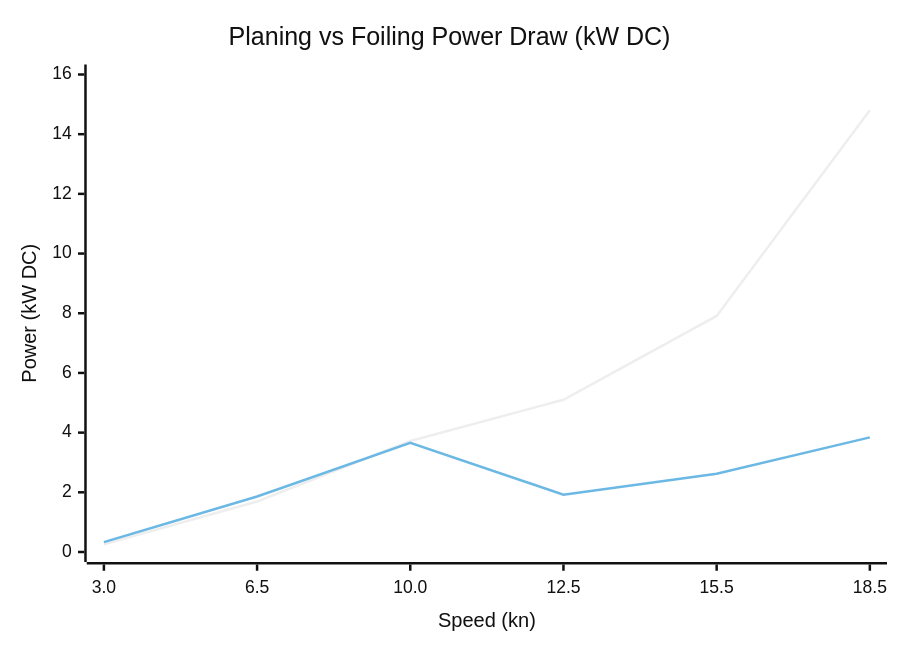
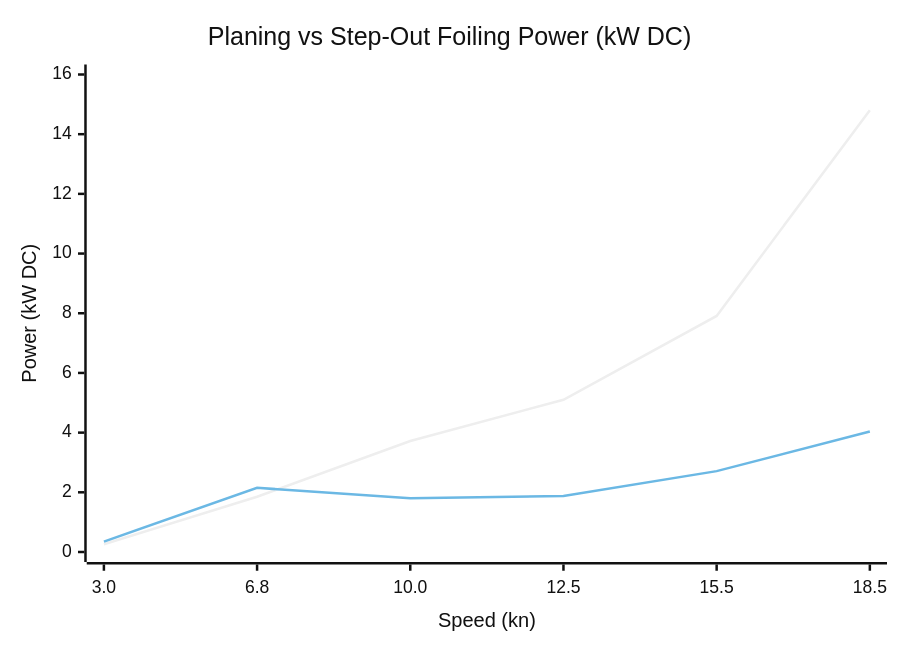
The second of 2 diagrams in README.md (boats-boats-boats/foil-skiff), drawn with Mermaid (neutral theme) before and after one commit. The commit also changed other lines of this file and 2 other files, not shown here.

Commit message:
Make Step-Out Upper Booster Wing + Flying-Keel Pod the primary FoilSkiff architecture

````diff
--- a/README.md
+++ b/README.md
@@ -31,8 +33,8 @@
 ```mermaid
 xychart-beta
-    title "Planing vs Foiling Power Draw (kW DC)"
-    x-axis "Speed (kn)" [3.0, 6.5, 10.0, 12.5, 15.5, 18.5]
+    title "Planing vs Step-Out Foiling Power (kW DC)"
+    x-axis "Speed (kn)" [3.0, 6.8, 10.0, 12.5, 15.5, 18.5]
     y-axis "Power (kW DC)" 0 --> 16
-    line [0.26, 1.69, 3.72, 5.10, 7.91, 14.80]
-    line [0.33, 1.86, 3.66, 1.92, 2.62, 3.84]
+    line [0.26, 1.85, 3.72, 5.10, 7.91, 14.80]
+    line [0.35, 2.15, 1.80, 1.88, 2.71, 4.04]
 ```
````
